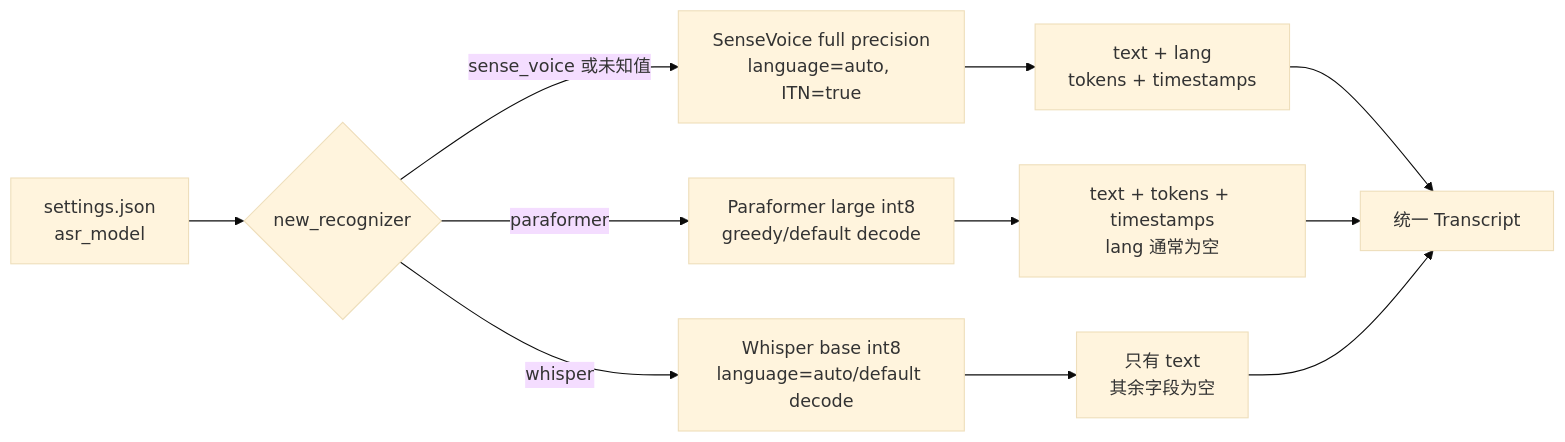
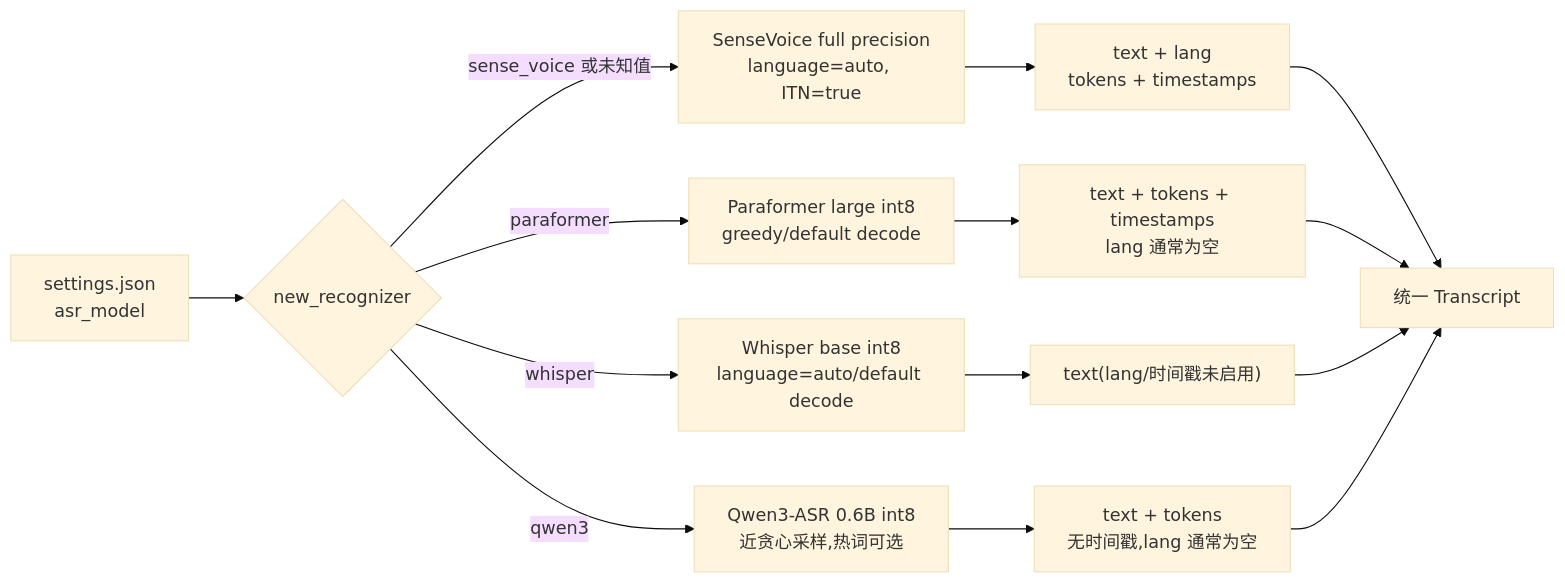
One commit to SoulZhong/voice-notes changed the third of 8 diagrams in docs/asr-pipeline.md. Above: the diagram before and after it, drawn with Mermaid (base theme). The commit also changed other lines of this file and 74 other files, not shown here.

````diff
--- a/docs/asr-pipeline.md
+++ b/docs/asr-pipeline.md
@@ -156,13 +159,16 @@
 ```mermaid
 flowchart LR
     SETTINGS["settings.json<br/>asr_model"] --> FACTORY{"new_recognizer"}
     FACTORY -- "sense_voice 或未知值" --> SV["SenseVoice full precision<br/>language=auto, ITN=true"]
     FACTORY -- "paraformer" --> PF["Paraformer large int8<br/>greedy/default decode"]
     FACTORY -- "whisper" --> WH["Whisper base int8<br/>language=auto/default decode"]
+    FACTORY -- "qwen3" --> QW["Qwen3-ASR 0.6B int8<br/>近贪心采样,热词可选"]
     SV --> SVOUT["text + lang<br/>tokens + timestamps"]
     PF --> PFOUT["text + tokens + timestamps<br/>lang 通常为空"]
-    WH --> WHOUT["只有 text<br/>其余字段为空"]
+    WH --> WHOUT["text(lang/时间戳未启用)"]
+    QW --> QWOUT["text + tokens<br/>无时间戳,lang 通常为空"]
     SVOUT --> COMMON["统一 Transcript"]
     PFOUT --> COMMON
     WHOUT --> COMMON
+    QWOUT --> COMMON
 ```
````
